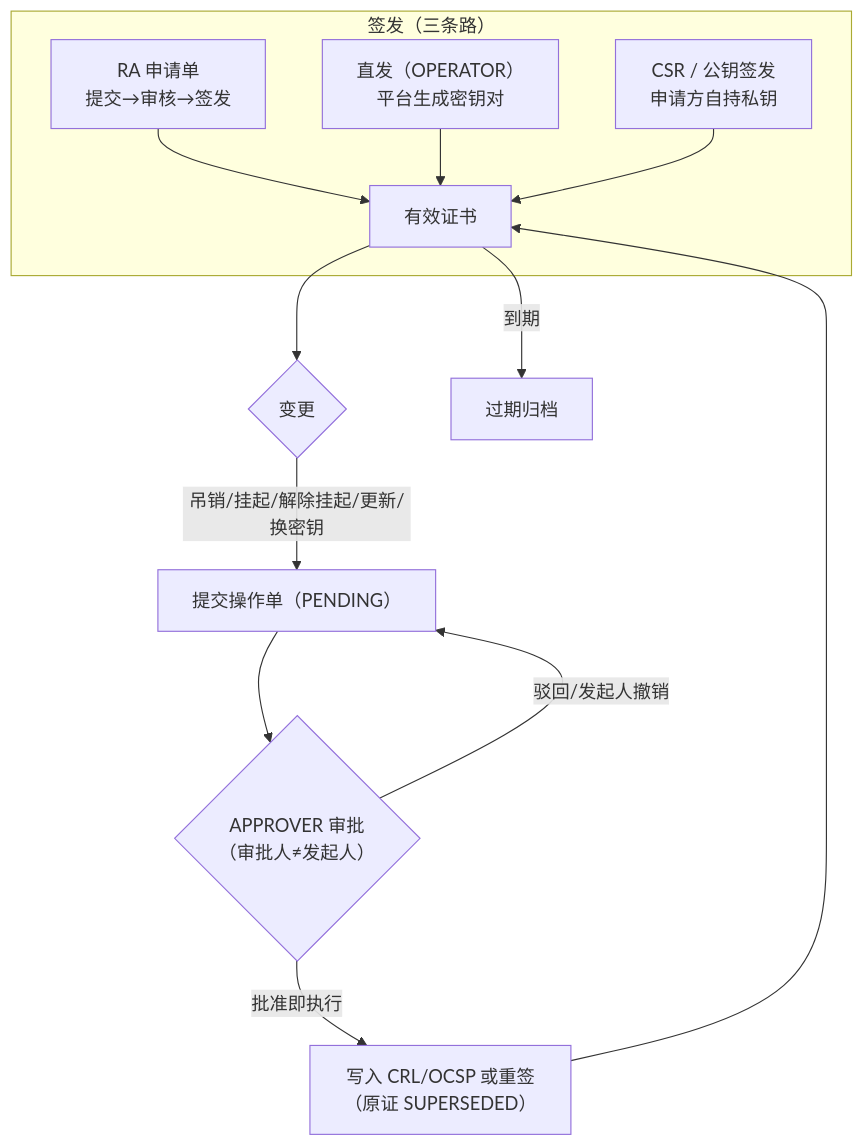
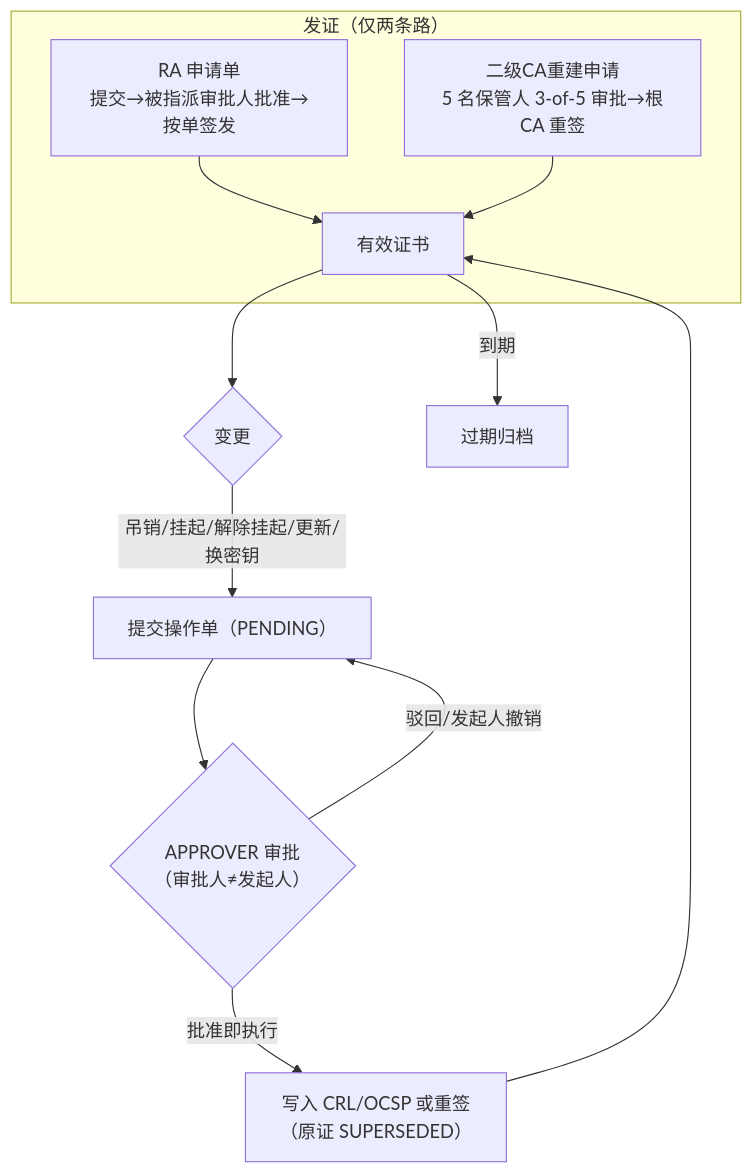
The second of 2 diagrams in README.md (cslaochai/csssl), drawn with Mermaid before and after one commit. The commit also changed other lines of this file and 145 other files, not shown here.

````diff
--- a/README.md
+++ b/README.md
@@ -69,15 +69,14 @@
 ```mermaid
 flowchart TB
-    subgraph ISSUE["签发（三条路）"]
-        A1["RA 申请单<br/>提交→审核→签发"] --> Z
-        A2["直发（OPERATOR）<br/>平台生成密钥对"] --> Z
-        A3["CSR / 公钥签发<br/>申请方自持私钥"] --> Z
+    subgraph ISSUE["发证（仅两条路）"]
+        A1["RA 申请单<br/>提交→被指派审批人批准→按单签发"] --> Z
+        A2["二级CA重建申请<br/>5 名保管人 3-of-5 审批→根CA 重签"] --> Z
     end
     Z["有效证书"] --> B{"变更"}
     B -- "吊销/挂起/解除挂起/更新/换密钥" --> C["提交操作单（PENDING）"]
     C --> D{"APPROVER 审批<br/>（审批人≠发起人）"}
     D -- 驳回/发起人撤销 --> C
     D -- 批准即执行 --> E["写入 CRL/OCSP 或重签<br/>（原证 SUPERSEDED）"]
     Z -- 到期 --> F["过期归档"]
     E --> Z
 ```
````
